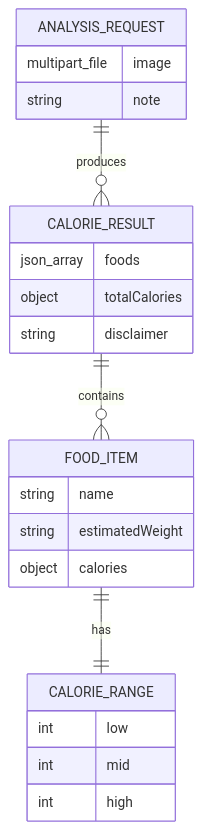
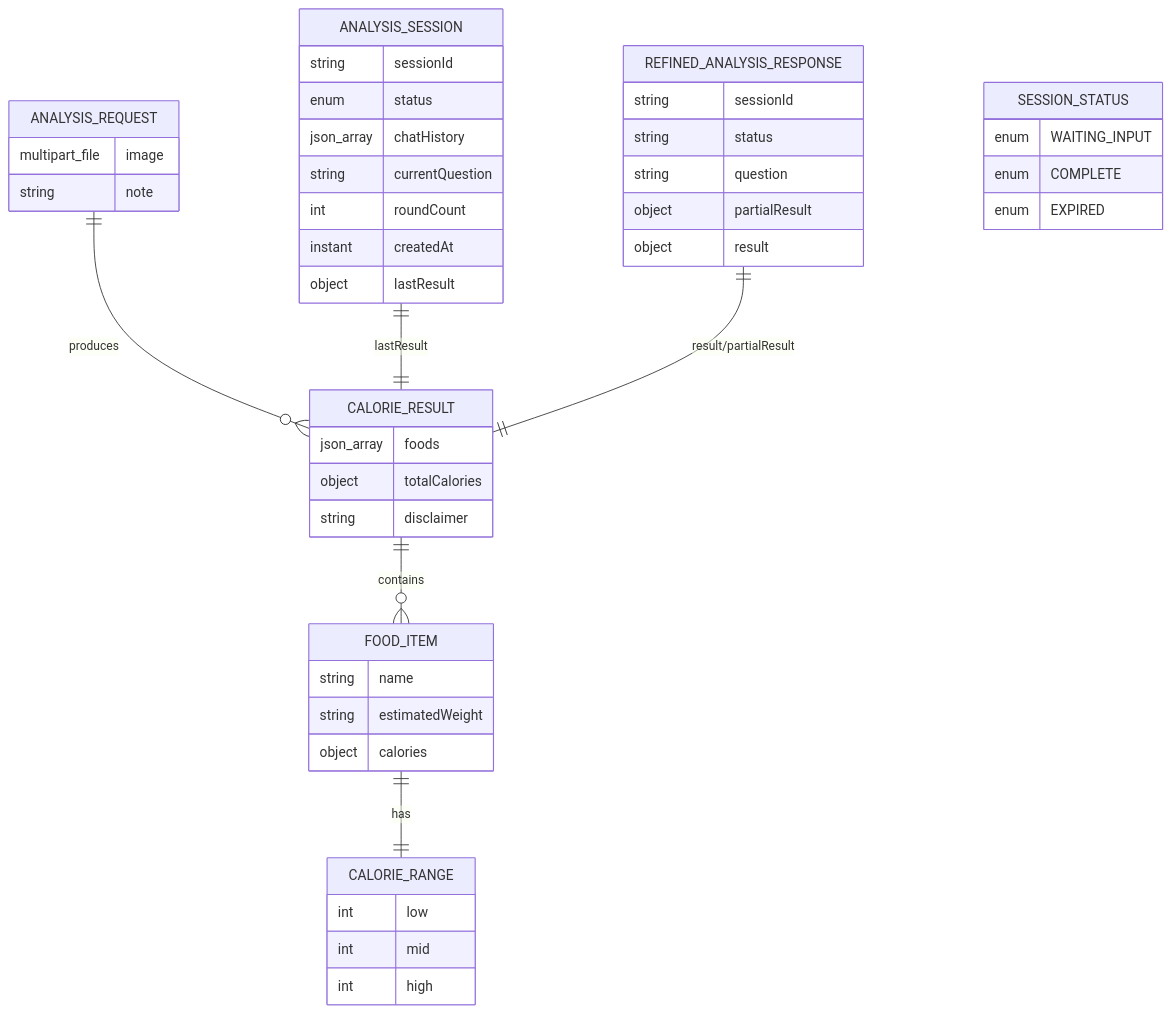
One commit to Meng-hh/heat_calculate changed the seventh of 11 diagrams in .qoder/repowiki/en/content/Business Logic Architecture.md. Above: the diagram before and after it, drawn with Mermaid. The commit also changed other lines of this file and 25 other files, not shown here.

````diff
--- a/.qoder/repowiki/en/content/Business Logic Architecture.md
+++ b/.qoder/repowiki/en/content/Business Logic Architecture.md
@@ -265,25 +405,48 @@
 ```mermaid
 erDiagram
 ANALYSIS_REQUEST {
 multipart_file image
 string note
 }
 CALORIE_RESULT {
 json_array foods
 object totalCalories
 string disclaimer
 }
 FOOD_ITEM {
 string name
 string estimatedWeight
 object calories
 }
 CALORIE_RANGE {
 int low
 int mid
 int high
 }
+ANALYSIS_SESSION {
+string sessionId
+enum status
+json_array chatHistory
+string currentQuestion
+int roundCount
+instant createdAt
+object lastResult
+}
+REFINED_ANALYSIS_RESPONSE {
+string sessionId
+string status
+string question
+object partialResult
+object result
+}
+SESSION_STATUS {
+enum WAITING_INPUT
+enum COMPLETE
+enum EXPIRED
+}
 ANALYSIS_REQUEST ||--o{ CALORIE_RESULT : "produces"
 CALORIE_RESULT ||--o{ FOOD_ITEM : "contains"
 FOOD_ITEM ||--|| CALORIE_RANGE : "has"
+ANALYSIS_SESSION ||--|| CALORIE_RESULT : "lastResult"
+REFINED_ANALYSIS_RESPONSE ||--|| CALORIE_RESULT : "result/partialResult"
 ```
````
